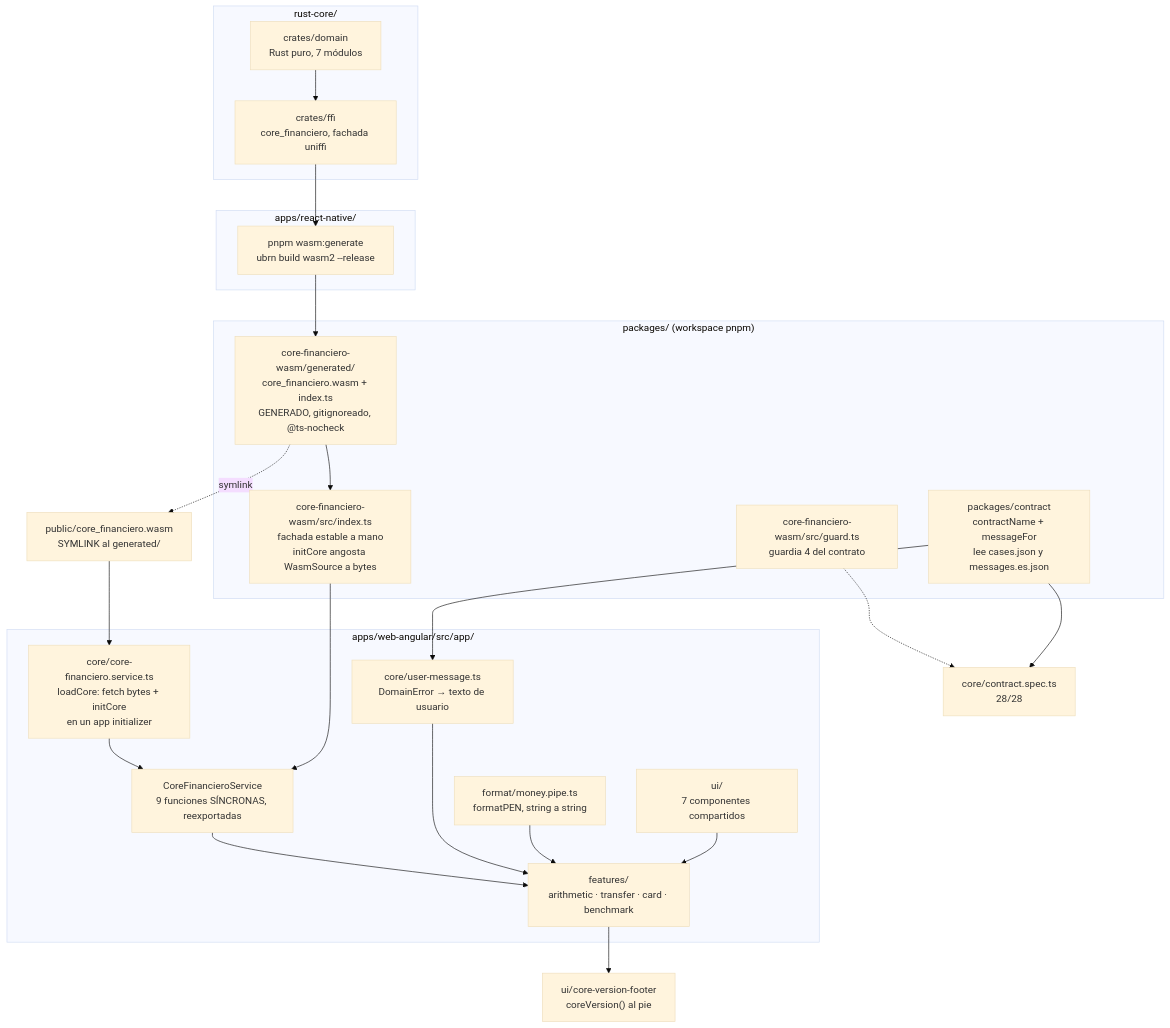
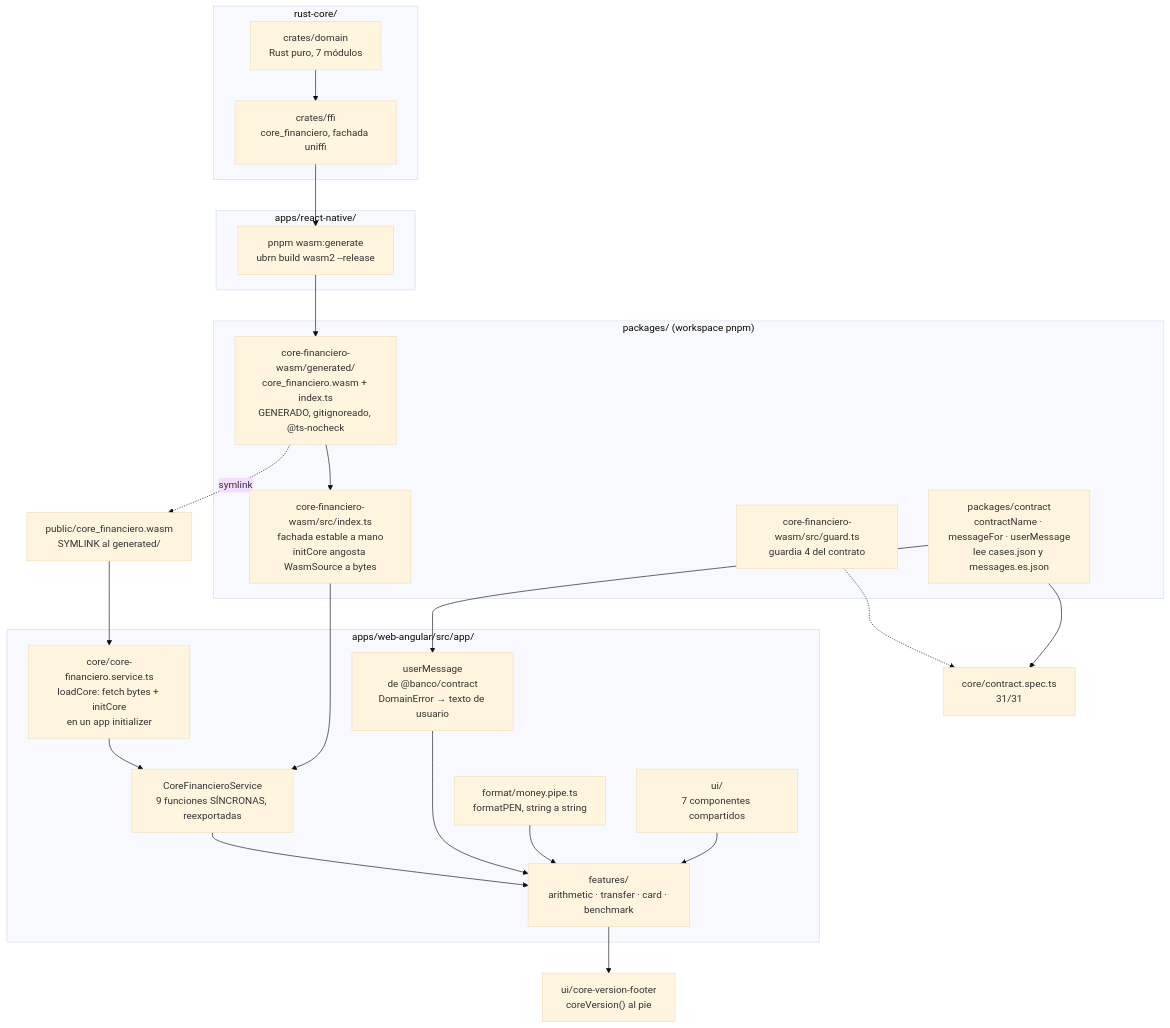
The diagram in apps/web-angular/README.md (tohure/rust-core-cross-app), drawn with Mermaid (base theme) before and after one commit. The commit also changed other lines of this file and 22 other files, not shown here.

````diff
--- a/apps/web-angular/README.md
+++ b/apps/web-angular/README.md
@@ -15,43 +15,43 @@
 ```mermaid
 flowchart TD
     subgraph core["rust-core/"]
         DOMAIN["crates/domain<br/>Rust puro, 7 módulos"]
         FFI["crates/ffi<br/>core_financiero, fachada uniffi"]
         DOMAIN --> FFI
     end
 
     subgraph rn["apps/react-native/"]
         UBRN["pnpm wasm:generate<br/>ubrn build wasm2 --release"]
     end
 
     subgraph pkgs["packages/ (workspace pnpm)"]
         GEN["core-financiero-wasm/generated/<br/>core_financiero.wasm + index.ts<br/>GENERADO, gitignoreado, @ts-nocheck"]
         FACADE["core-financiero-wasm/src/index.ts<br/>fachada estable a mano<br/>initCore angosta WasmSource a bytes"]
         GUARD["core-financiero-wasm/src/guard.ts<br/>guardia 4 del contrato"]
-        CONTRACT["packages/contract<br/>contractName + messageFor<br/>lee cases.json y messages.es.json"]
+        CONTRACT["packages/contract<br/>contractName · messageFor · userMessage<br/>lee cases.json y messages.es.json"]
         GEN --> FACADE
     end
 
     subgraph app["apps/web-angular/src/app/"]
         LOAD["core/core-financiero.service.ts<br/>loadCore: fetch bytes + initCore<br/>en un app initializer"]
         SVC["CoreFinancieroService<br/>9 funciones SÍNCRONAS, reexportadas"]
-        MSG["core/user-message.ts<br/>DomainError → texto de usuario"]
+        MSG["userMessage<br/>de @banco/contract<br/>DomainError → texto de usuario"]
         FMT["format/money.pipe.ts<br/>formatPEN, string a string"]
         UI["ui/<br/>7 componentes compartidos"]
         SCREENS["features/<br/>arithmetic · transfer · card · benchmark"]
         LOAD --> SVC --> SCREENS
         MSG --> SCREENS
         FMT --> SCREENS
         UI --> SCREENS
     end
 
     WASMFILE["public/core_financiero.wasm<br/>SYMLINK al generated/"]
 
     FFI --> UBRN --> GEN
     FACADE --> SVC
-    GUARD -.-> TEST["core/contract.spec.ts<br/>28/28"]
+    GUARD -.-> TEST["core/contract.spec.ts<br/>31/31"]
     CONTRACT --> MSG
     CONTRACT --> TEST
     GEN -.symlink.-> WASMFILE --> LOAD
     SCREENS --> FOOT["ui/core-version-footer<br/>coreVersion() al pie"]
 ```
````
